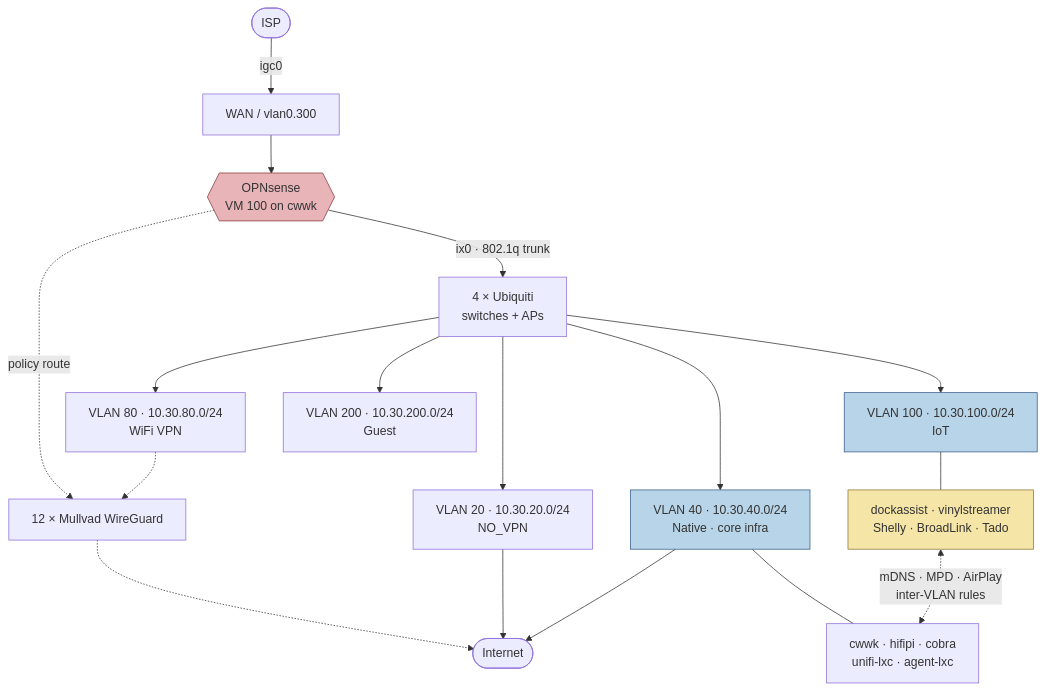
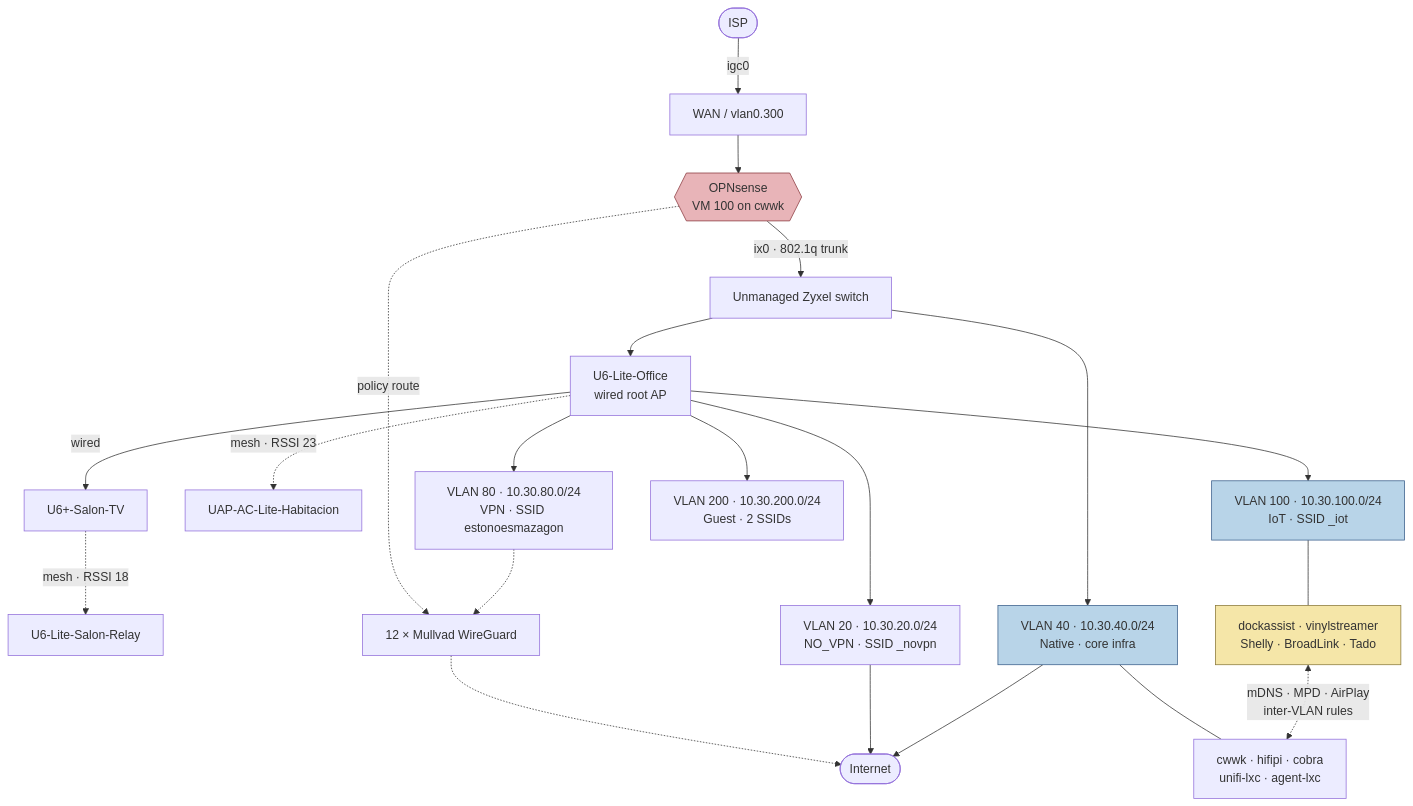
Before and after one commit to ignaciojimenez/infrastructure-automation: the diagram in docs/NETWORK.md, drawn with Mermaid. The commit also changed other lines of this file, not shown here.

````diff
--- a/docs/NETWORK.md
+++ b/docs/NETWORK.md
@@ -48,29 +52,33 @@
 ```mermaid
 flowchart TD
     ISP([ISP]) -->|igc0| WAN[WAN / vlan0.300]
     WAN --> FW{{OPNsense<br/>VM 100 on cwwk}}
 
-    FW -->|ix0 · 802.1q trunk| UBI[4 × Ubiquiti<br/>switches + APs]
+    FW -->|ix0 · 802.1q trunk| SW[Unmanaged Zyxel switch]
+    SW --> AP1[U6-Lite-Office<br/>wired root AP]
+    AP1 -->|wired| AP2[U6+-Salon-TV]
+    AP1 -.->|mesh · RSSI 23| AP4[UAP-AC-Lite-Habitacion]
+    AP2 -.->|mesh · RSSI 18| AP3[U6-Lite-Salon-Relay]
 
-    UBI --> V20[VLAN 20 · 10.30.20.0/24<br/>NO_VPN]
-    UBI --> V40[VLAN 40 · 10.30.40.0/24<br/>Native · core infra]
-    UBI --> V80[VLAN 80 · 10.30.80.0/24<br/>WiFi VPN]
-    UBI --> V100[VLAN 100 · 10.30.100.0/24<br/>IoT]
-    UBI --> V200[VLAN 200 · 10.30.200.0/24<br/>Guest]
+    SW --> V40[VLAN 40 · 10.30.40.0/24<br/>Native · core infra]
+    AP1 --> V20[VLAN 20 · 10.30.20.0/24<br/>NO_VPN · SSID _novpn]
+    AP1 --> V80[VLAN 80 · 10.30.80.0/24<br/>VPN · SSID estonoesmazagon]
+    AP1 --> V100[VLAN 100 · 10.30.100.0/24<br/>IoT · SSID _iot]
+    AP1 --> V200[VLAN 200 · 10.30.200.0/24<br/>Guest · 2 SSIDs]
 
     V40 --- H40[cwwk · hifipi · cobra<br/>unifi-lxc · agent-lxc]
     V100 --- H100[dockassist · vinylstreamer<br/>Shelly · BroadLink · Tado]
 
     H100 <-.->|mDNS · MPD · AirPlay<br/>inter-VLAN rules| H40
 
     FW -.->|policy route| MUL[12 × Mullvad WireGuard]
     V80 -.-> MUL
     MUL -.-> Internet([Internet])
     V20 --> Internet
     V40 --> Internet
 
     style FW fill:#e8b4b8,stroke:#8b3a3f
     style V40 fill:#b8d4e8,stroke:#3a5f8b
     style V100 fill:#b8d4e8,stroke:#3a5f8b
     style H100 fill:#f5e6a8,stroke:#8b7a3a
 ```
````
